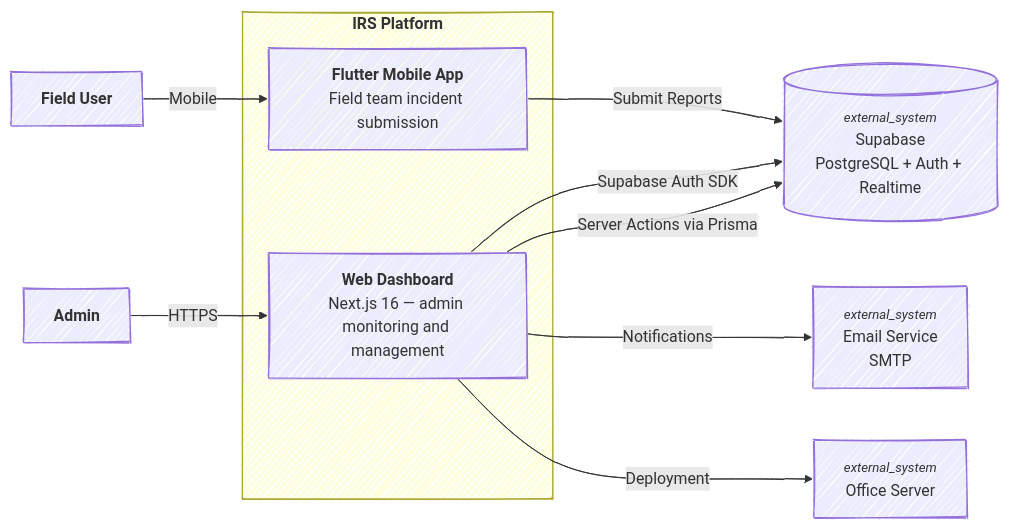
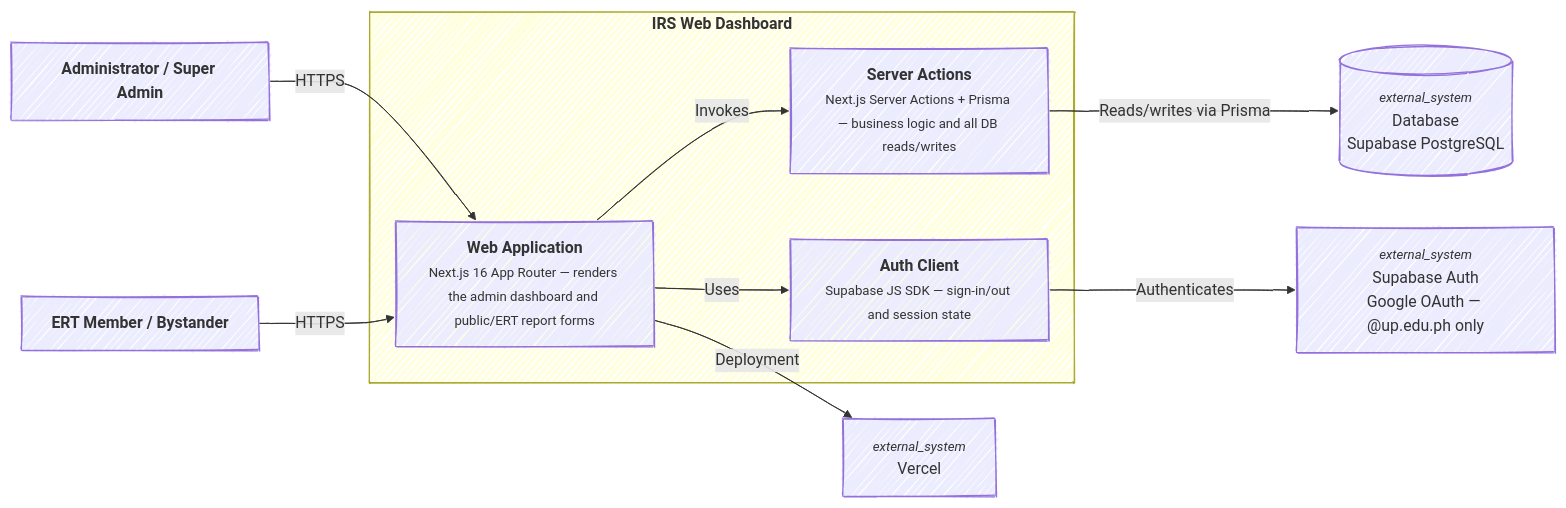
Before and after one commit to bruhhhyannnn/drrmh-irs: the second of 7 diagrams in README.md, drawn with Mermaid. The commit also changed other lines of this file, not shown here.

````diff
--- a/README.md
+++ b/README.md
@@ -189,30 +180,32 @@
 ```mermaid
 ---
 config:
   layout: dagre
   look: handDrawn
   theme: default
 ---
 graph LR
-  admin[<b>Admin</b>]
-  fieldUser[<b>Field User</b>]
+  admin[<b>Administrator / Super Admin</b>]
+  ertMember[<b>ERT Member / Bystander</b>]
 
-  subgraph IRS[<b>IRS Platform</b>]
-    webApp[<b>Web Dashboard</b><br/>Next.js 16 — admin monitoring and management]
-    mobileApp[<b>Flutter Mobile App</b><br/>Field team incident submission]
+  subgraph IRS[<b>IRS Web Dashboard</b>]
+    webApp[<b>Web Application</b><br/><small>Next.js 16 App Router — renders the admin dashboard and public/ERT report forms</small>]
+    serverActions[<b>Server Actions</b><br/><small>Next.js Server Actions + Prisma — business logic and all DB reads/writes</small>]
+    authClient[<b>Auth Client</b><br/><small>Supabase JS SDK — sign-in/out and session state</small>]
   end
 
-  supabase[(<i><small>external_system</small></i><br/>Supabase<br/>PostgreSQL + Auth + Realtime)]
-  email[<i><small>external_system</small></i><br/>Email Service<br/>SMTP]
-  officeServer[<i><small>external_system</small></i><br/>Office Server]
+  db[(<i><small>external_system</small></i><br/>Database<br/>Supabase PostgreSQL)]
+  supaAuth[<i><small>external_system</small></i><br/>Supabase Auth<br/>Google OAuth — @up.edu.ph only]
+  vercel[<i><small>external_system</small></i><br/>Vercel]
+
 
   admin -->|HTTPS| webApp
-  fieldUser -->|Mobile| mobileApp
+  ertMember -->|HTTPS| webApp
 
-  webApp -->|Server Actions via Prisma| supabase
-  webApp -->|Supabase Auth SDK| supabase
-  mobileApp -->|Submit Reports| supabase
+  webApp -->|Invokes| serverActions
+  webApp -->|Uses| authClient
 
-  webApp -->|Notifications| email
-  webApp -->|Deployment| officeServer
+  serverActions -->|Reads/writes via Prisma| db
+  authClient -->|Authenticates| supaAuth
+  webApp -->|Deployment| vercel
 ```
````
